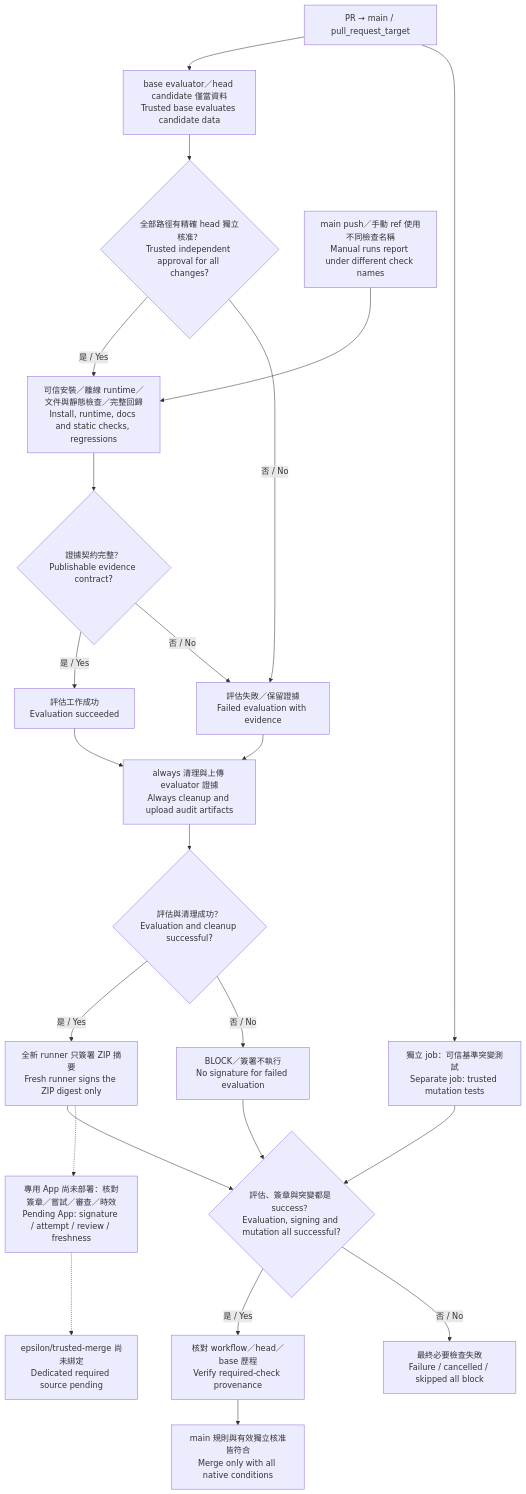
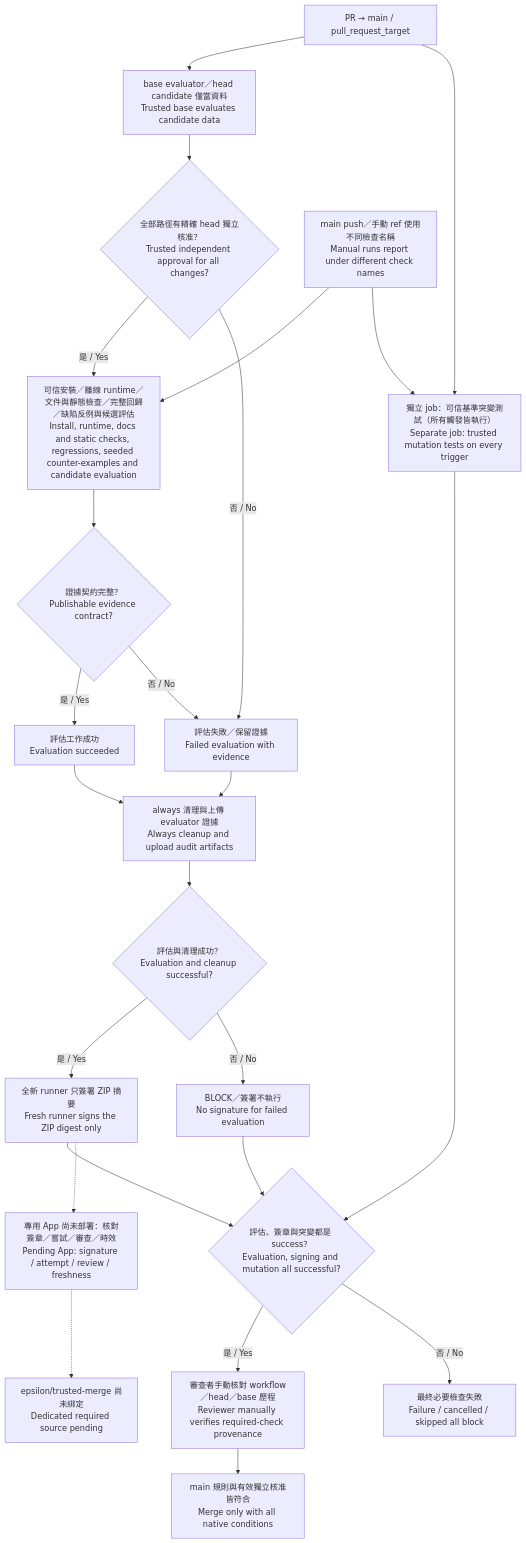
The diagram in docs/diagrams/ci-flow.mmd (chinchiang/MultiAgentEpsilon), drawn with Mermaid before and after one commit. The commit also changed 21 other files, not shown here.

First line of the commit message:
docs: sync README, docs and diagrams with main 9508a7c

```diff
--- a/docs/diagrams/ci-flow.mmd
+++ b/docs/diagrams/ci-flow.mmd
@@ -1,23 +1,24 @@
 flowchart TB
     PR["PR → main / pull_request_target"] --> Checkout["base evaluator／head candidate 僅當資料<br/>Trusted base evaluates candidate data"]
     Checkout --> Guard{"全部路徑有精確 head 獨立核准？<br/>Trusted independent approval for all changes?"}
-    Guard -->|"是 / Yes"| Evaluate["可信安裝／離線 runtime／文件與靜態檢查／完整回歸<br/>Install, runtime, docs and static checks, regressions"]
+    Guard -->|"是 / Yes"| Evaluate["可信安裝／離線 runtime／文件與靜態檢查／完整回歸／缺陷反例與候選評估<br/>Install, runtime, docs and static checks, regressions, seeded counter-examples and candidate evaluation"]
     Guard -->|"否 / No"| Failed["評估失敗／保留證據<br/>Failed evaluation with evidence"]
     Other["main push／手動 ref 使用不同檢查名稱<br/>Manual runs report under different check names"] --> Evaluate
-    PR --> Mutation["獨立 job：可信基準突變測試<br/>Separate job: trusted mutation tests"]
+    PR --> Mutation["獨立 job：可信基準突變測試（所有觸發皆執行）<br/>Separate job: trusted mutation tests on every trigger"]
+    Other --> Mutation
     Evaluate --> Contract{"證據契約完整？<br/>Publishable evidence contract?"}
     Contract -->|"是 / Yes"| Success["評估工作成功<br/>Evaluation succeeded"]
     Contract -->|"否 / No"| Failed
     Success --> Cleanup["always 清理與上傳 evaluator 證據<br/>Always cleanup and upload audit artifacts"]
     Failed --> Cleanup
     Cleanup --> Ready{"評估與清理成功？<br/>Evaluation and cleanup successful?"}
     Ready -->|"是 / Yes"| Sign["全新 runner 只簽署 ZIP 摘要<br/>Fresh runner signs the ZIP digest only"]
     Ready -->|"否 / No"| Block["BLOCK／簽署不執行<br/>No signature for failed evaluation"]
     Sign --> Final{"評估、簽章與突變都是 success？<br/>Evaluation, signing and mutation all successful?"}
     Mutation --> Final
     Block --> Final
-    Final -->|"是 / Yes"| Verify["核對 workflow／head／base 歷程<br/>Verify required-check provenance"]
+    Final -->|"是 / Yes"| Verify["審查者手動核對 workflow／head／base 歷程<br/>Reviewer manually verifies required-check provenance"]
     Final -->|"否 / No"| Deny["最終必要檢查失敗<br/>Failure / cancelled / skipped all block"]
     Verify --> Merge["main 規則與有效獨立核准皆符合<br/>Merge only with all native conditions"]
     Sign -.-> App["專用 App 尚未部署：核對簽章／嘗試／審查／時效<br/>Pending App: signature / attempt / review / freshness"]
     App -.-> Future["epsilon/trusted-merge 尚未綁定<br/>Dedicated required source pending"]
```
